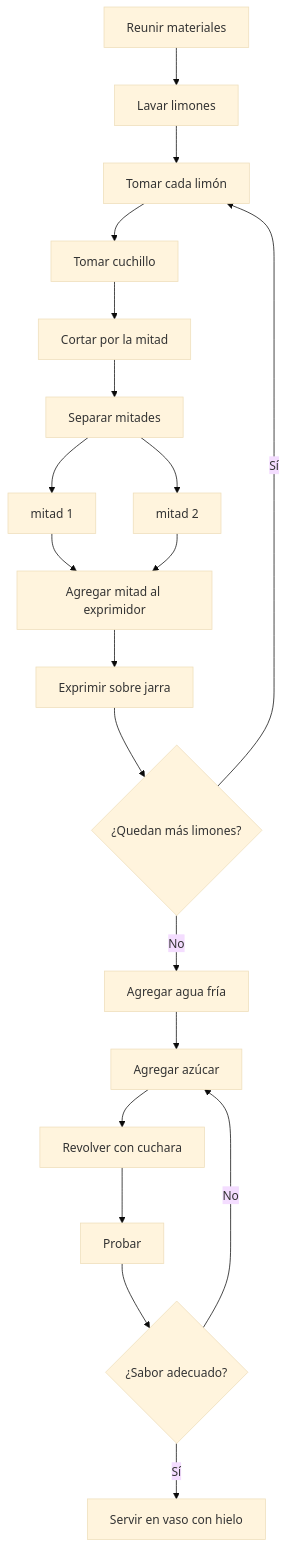
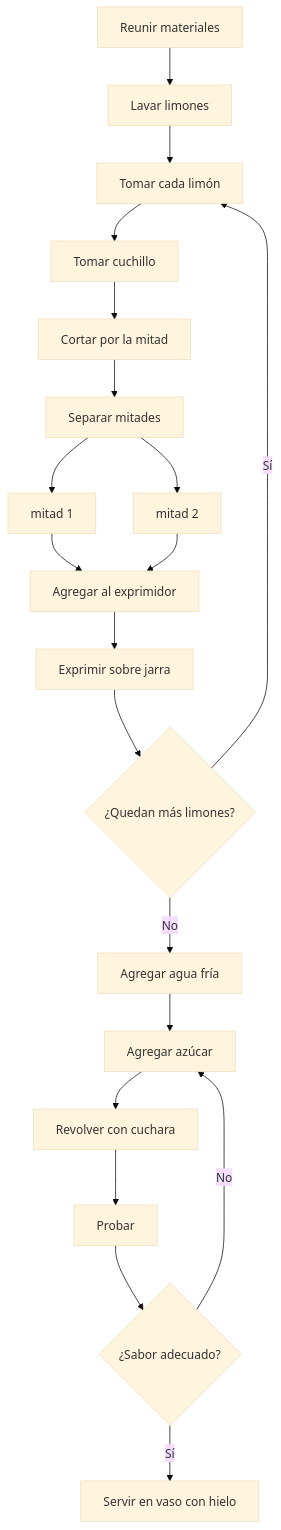
Before and after one commit to chrisdewa/curso_python: the second of 2 diagrams in docs/_sources/unidad-1/generalidades/algoritmica.md, drawn with Mermaid (base theme). The commit also changed 2 other files, not shown here.

Commit message:
minor fix 2

````diff
--- a/docs/_sources/unidad-1/generalidades/algoritmica.md
+++ b/docs/_sources/unidad-1/generalidades/algoritmica.md
@@ -48,23 +48,23 @@
 ```{mermaid}
 flowchart TD
   A[Reunir materiales] --> B[Lavar limones]
 
   B --> D1[Tomar cada limón]
 
   D1 --> D2[Tomar cuchillo]
   D2 --> D3[Cortar por la mitad]
   D3 --> D4[Separar mitades]
-  D4 --> D41[mitad 1] & D42[mitad 2] --> D5[Agregar mitad al exprimidor]
+  D4 --> D41[mitad 1] & D42[mitad 2] --> D5[Agregar al exprimidor]
   D5 --> D6[Exprimir sobre jarra]
   D6 --> D8{¿Quedan más limones?}
 
   D8 -- Sí --> D1
   D8 -- No --> F[Agregar agua fría]
   F --> G[Agregar azúcar]
   G --> H[Revolver con cuchara]
   H --> I[Probar]
   I --> J{¿Sabor adecuado?}
   J -- No --> G
   J -- Sí --> K[Servir en vaso con hielo]
 
 ```
````
